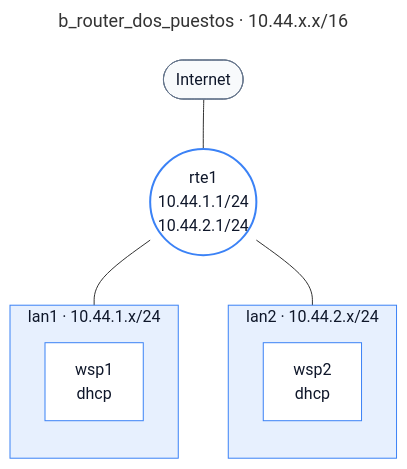
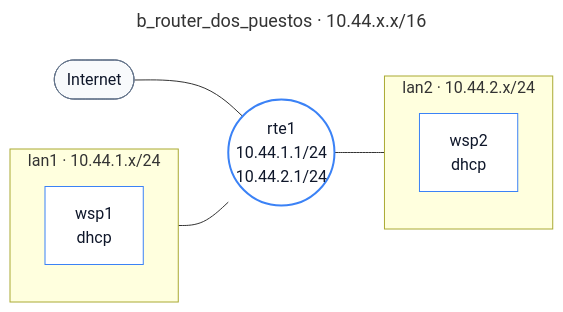
One commit to MagicJF/NetLabs changed the first of 2 diagrams in labs/b_router_dos_puestos/b_router_dos_puestos.md. Above: the diagram before and after it, drawn with Mermaid. The commit also changed other lines of this file and 4 other files, not shown here.

````diff
--- a/labs/b_router_dos_puestos/b_router_dos_puestos.md
+++ b/labs/b_router_dos_puestos/b_router_dos_puestos.md
@@ -13,29 +13,29 @@
 ```mermaid
 ---
 title: b_router_dos_puestos · 10.44.x.x/16
 ---
-flowchart TB
+flowchart LR
     classDef red fill:#3b82f6,fill-opacity:0.12,stroke:#3b82f6,stroke-width:1px,color:#0f172a
     classDef equipo fill:#ffffff,stroke:#3b82f6,stroke-width:1px,color:#0f172a
     classDef puerta fill:#ffffff,stroke:#3b82f6,stroke-width:2px,color:#0f172a
     classDef internet fill:#f8fafc,stroke:#64748b,stroke-width:1px,color:#0f172a
     internet(["Internet"])
     class internet internet
     n_rte1(("rte1<br/>10.44.1.1/24<br/>10.44.2.1/24"))
     class n_rte1 puerta
+    subgraph red0["lan1 · 10.44.1.x/24"]
+        direction TB
+        n_wsp1["wsp1<br/>dhcp"]
+        class n_wsp1 equipo
+    end
+    class red0 red
     subgraph red1["lan2 · 10.44.2.x/24"]
         direction TB
         n_wsp2["wsp2<br/>dhcp"]
         class n_wsp2 equipo
     end
     class red1 red
-    subgraph red0["lan1 · 10.44.1.x/24"]
-        direction TB
-        n_wsp1["wsp1<br/>dhcp"]
-        class n_wsp1 equipo
-    end
-    class red0 red
     internet --- n_rte1
-    n_rte1 --- n_wsp1
-    n_rte1 --- n_wsp2
+    red0 --- n_rte1
+    n_rte1 --- red1
 ```
````
